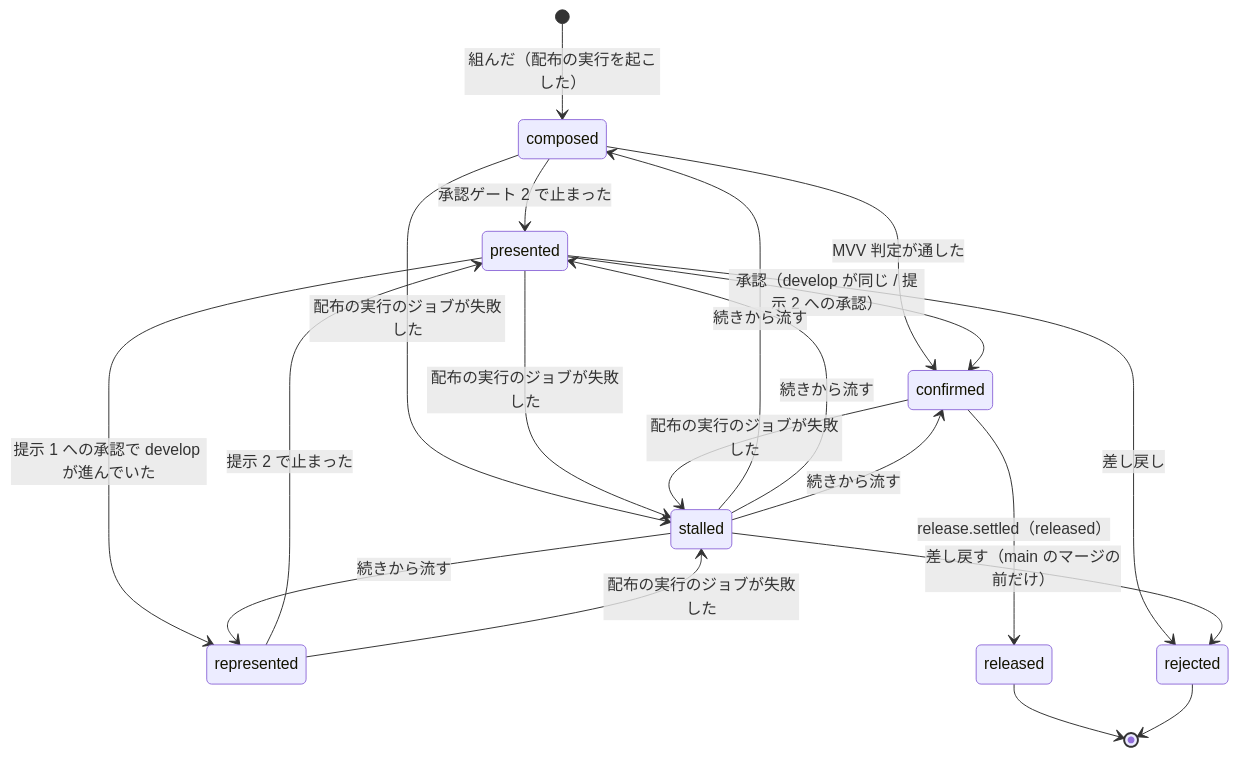
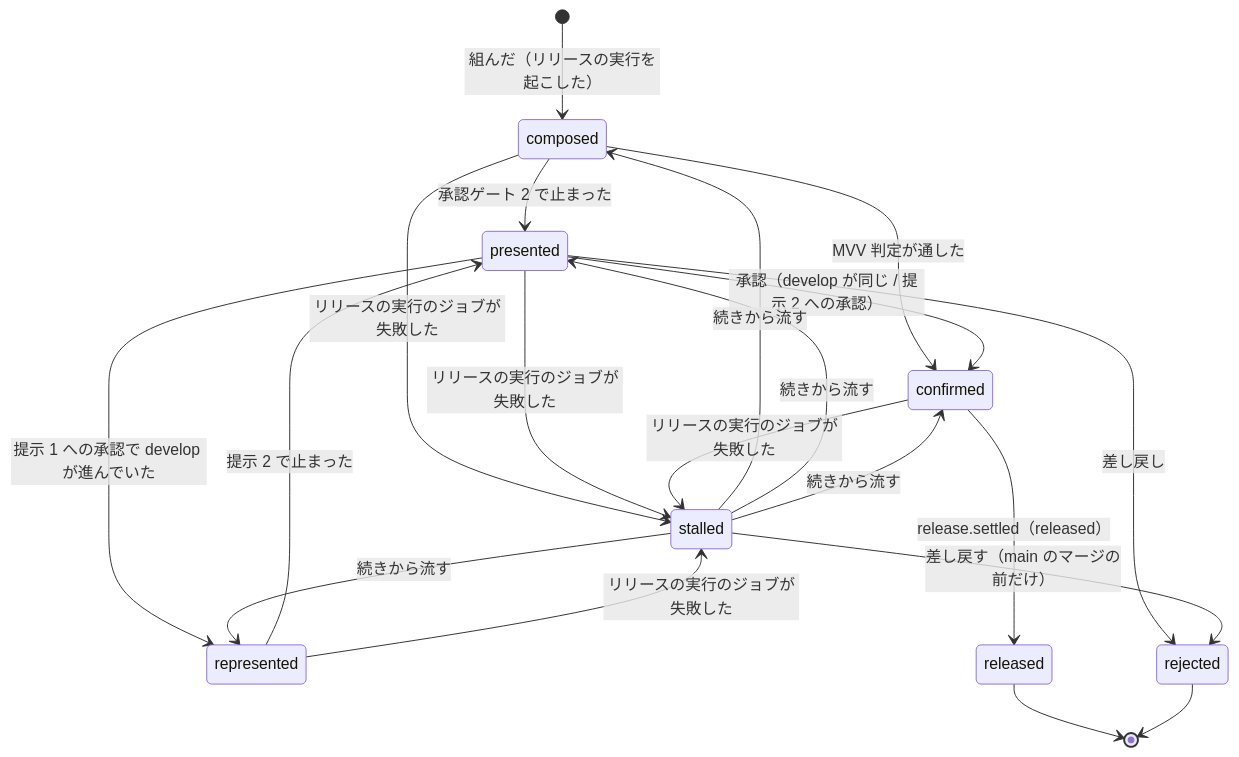
Before and after one commit to devbasex/ai-plugins: the second of 3 diagrams in docs/specifications/ndf-factory-organizer.md, drawn with Mermaid. The commit also changed other lines of this file and 79 other files, not shown here.

````diff
--- a/docs/specifications/ndf-factory-organizer.md
+++ b/docs/specifications/ndf-factory-organizer.md
@@ -141,22 +141,22 @@
 ```mermaid
 stateDiagram-v2
-    [*] --> composed: 組んだ（配布の実行を起こした）
+    [*] --> composed: 組んだ（リリースの実行を起こした）
     composed --> presented: 承認ゲート 2 で止まった
     composed --> confirmed: MVV 判定が通した
     presented --> confirmed: 承認（develop が同じ / 提示 2 への承認）
     presented --> represented: 提示 1 への承認で develop が進んでいた
     represented --> presented: 提示 2 で止まった
     presented --> rejected: 差し戻し
     confirmed --> released: release.settled（released）
-    composed --> stalled: 配布の実行のジョブが失敗した
-    presented --> stalled: 配布の実行のジョブが失敗した
-    represented --> stalled: 配布の実行のジョブが失敗した
-    confirmed --> stalled: 配布の実行のジョブが失敗した
+    composed --> stalled: リリースの実行のジョブが失敗した
+    presented --> stalled: リリースの実行のジョブが失敗した
+    represented --> stalled: リリースの実行のジョブが失敗した
+    confirmed --> stalled: リリースの実行のジョブが失敗した
     stalled --> composed: 続きから流す
     stalled --> presented: 続きから流す
     stalled --> represented: 続きから流す
     stalled --> confirmed: 続きから流す
     stalled --> rejected: 差し戻す（main のマージの前だけ）
     released --> [*]
     rejected --> [*]
 ```
````
